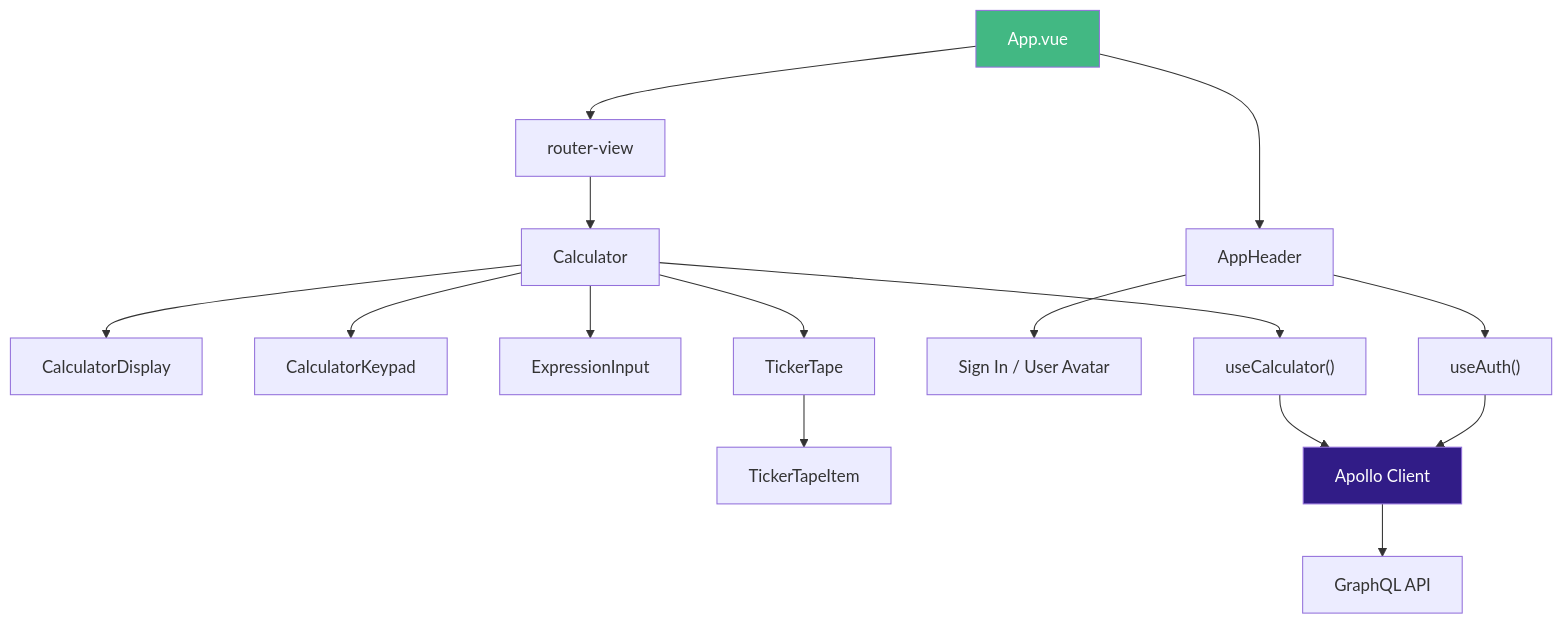
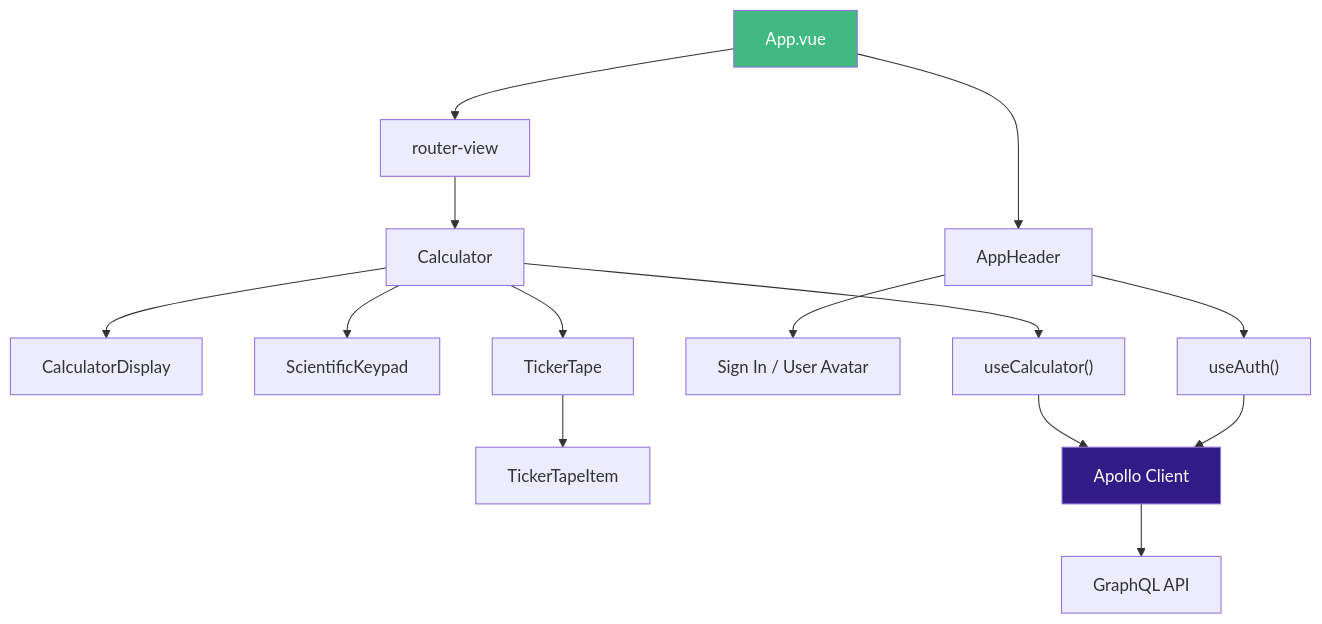
One commit to clwilliams8/calctek-calc changed the diagram in docs/docs/engineering/tech-specs/frontend.md. Above: the diagram before and after it, drawn with Mermaid. The commit also changed other lines of this file and 90 other files, not shown here.

````diff
--- a/docs/docs/engineering/tech-specs/frontend.md
+++ b/docs/docs/engineering/tech-specs/frontend.md
@@ -21,25 +21,24 @@
 ```mermaid
 graph TD
     App[App.vue] --> AppHeader
     App --> RouterView[router-view]
 
     RouterView --> Calculator
 
     Calculator --> CalculatorDisplay
-    Calculator --> CalculatorKeypad
-    Calculator --> ExpressionInput
+    Calculator --> ScientificKeypad
     Calculator --> TickerTape
 
     TickerTape --> TickerTapeItem
 
     AppHeader --> AuthUI["Sign In / User Avatar"]
 
     Calculator --> useCalculator["useCalculator()"]
     AppHeader --> useAuth["useAuth()"]
     useCalculator --> Apollo[Apollo Client]
     useAuth --> Apollo
     Apollo --> Backend["GraphQL API"]
 
     style App fill:#42b883,color:#fff
     style Apollo fill:#311c87,color:#fff
 ```
````
